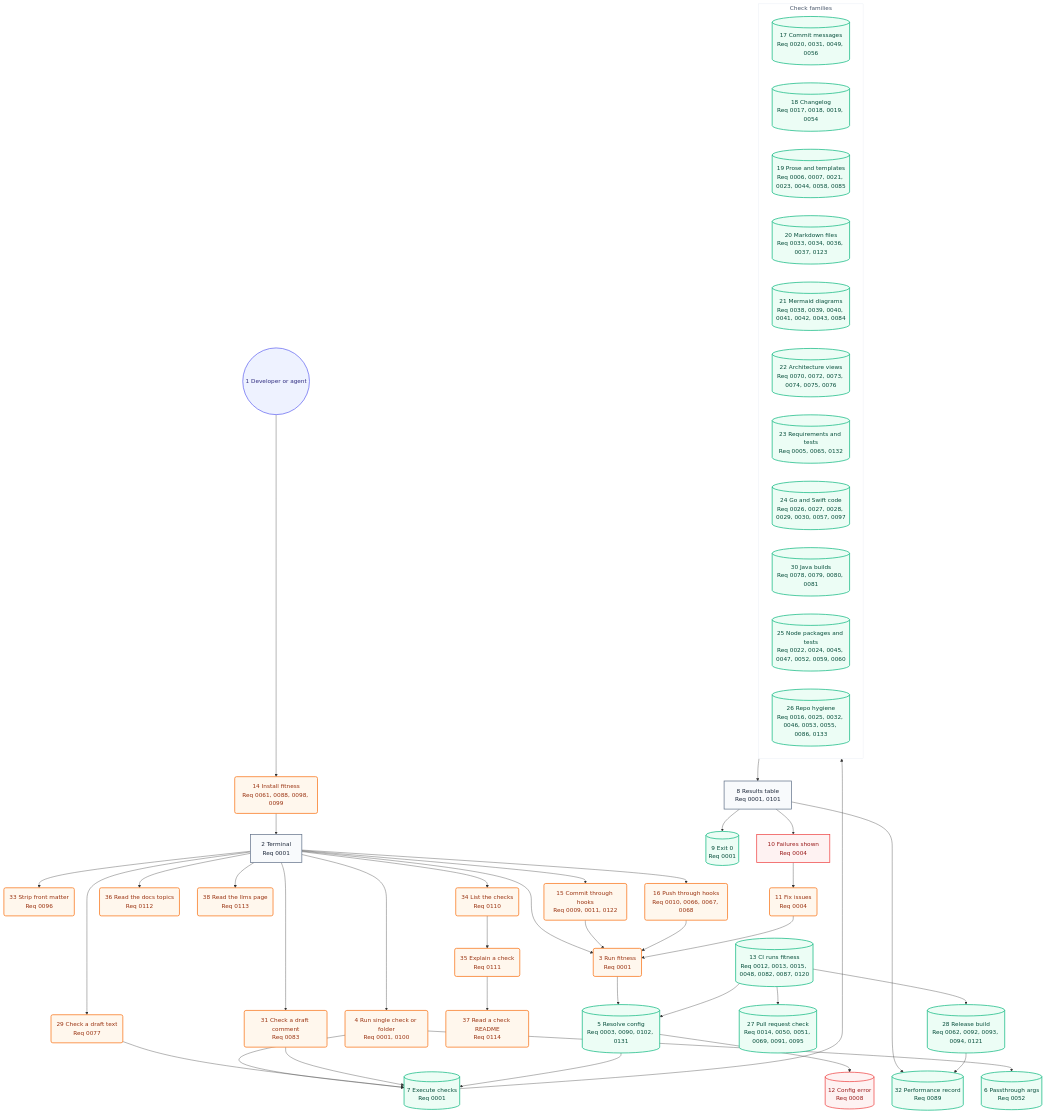
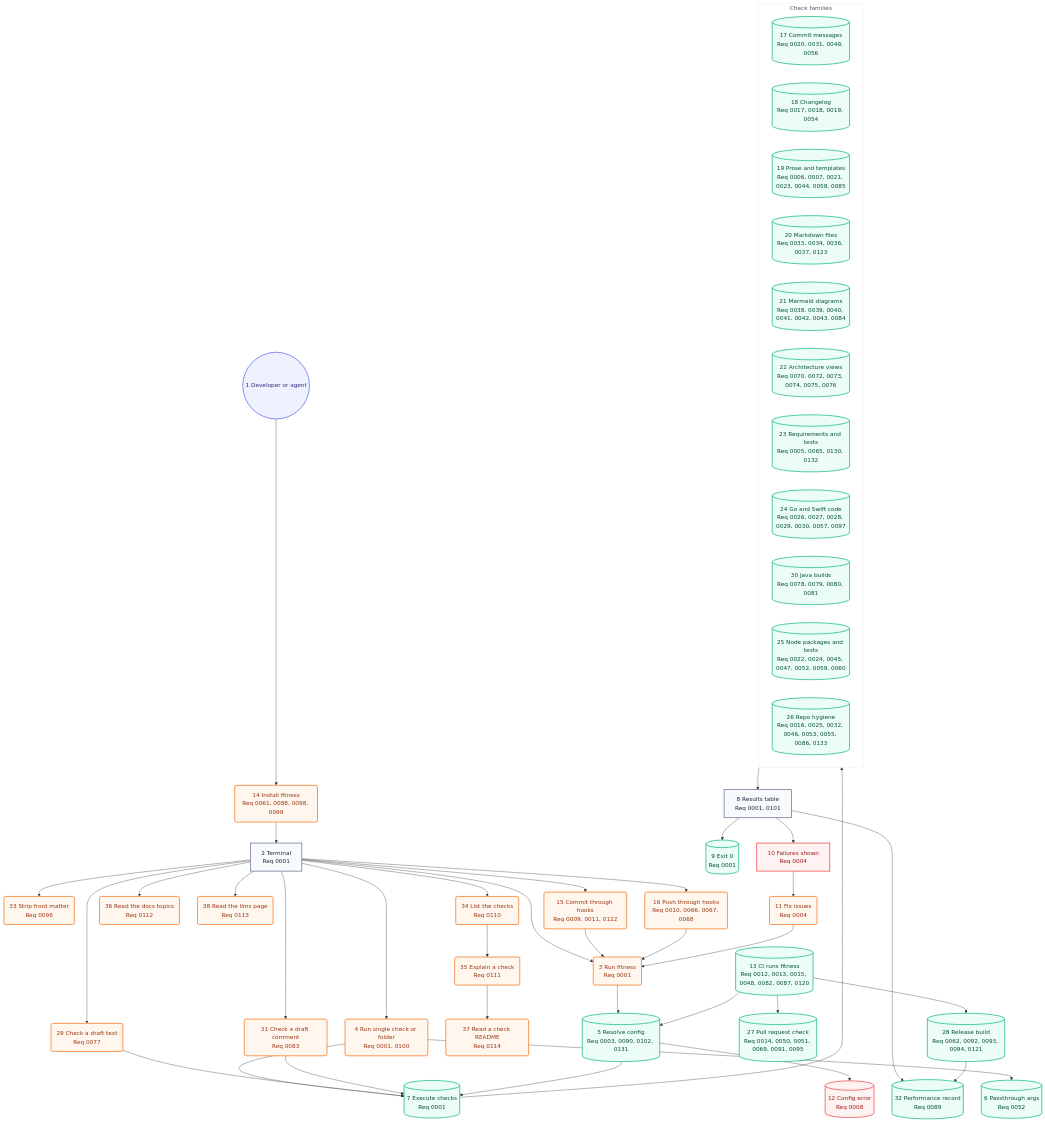
One commit to may-journal/fitness-runner changed the second of 2 diagrams in docs/architecture/05-user-journey.md. Above: the diagram before and after it, drawn with Mermaid. The commit also changed 20 other files, not shown here.

First line of the commit message:
feat(requirements-changed): fail product code changed without a test and requirement doc (#652)

```diff
--- a/docs/architecture/05-user-journey.md
+++ b/docs/architecture/05-user-journey.md
@@ -60,7 +60,7 @@
         markdownChecks[(20 Markdown files<br/>Req 0033, 0034, 0036, 0037, 0123)]:::system
         mermaidChecks[(21 Mermaid diagrams<br/>Req 0038, 0039, 0040, 0041, 0042, 0043, 0084)]:::system
         architectureChecks[(22 Architecture views<br/>Req 0070, 0072, 0073, 0074, 0075, 0076)]:::system
-        requirementChecks[(23 Requirements and tests<br/>Req 0005, 0065, 0132)]:::system
+        requirementChecks[(23 Requirements and tests<br/>Req 0005, 0065, 0130, 0132)]:::system
         goSwiftChecks[(24 Go and Swift code<br/>Req 0026, 0027, 0028, 0029, 0030, 0057, 0097)]:::system
         javaChecks[(30 Java builds<br/>Req 0078, 0079, 0080, 0081)]:::system
         nodeChecks[(25 Node packages and tests<br/>Req 0022, 0024, 0045, 0047, 0052, 0059, 0060)]:::system
```
